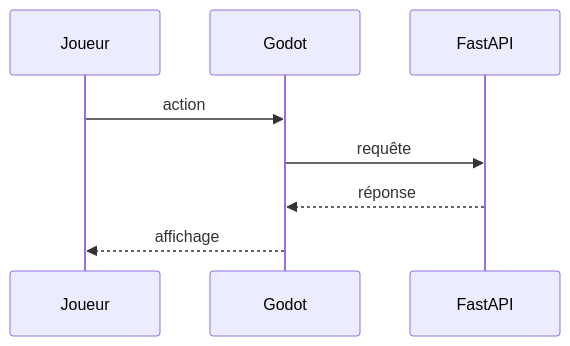
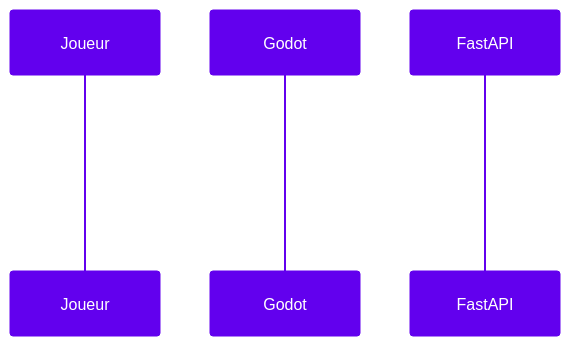
One commit to EZPK/GodotAI changed the diagram in docs/explications/godot.md. Above: the diagram before and after it, drawn with Mermaid. The commit also changed 6 other files, not shown here.

Commit message:
Enhance mermaid diagrams

````diff
--- a/docs/explications/godot.md
+++ b/docs/explications/godot.md
@@ -10,10 +10,11 @@
 ```mermaid
+%%{init: {'theme':'base','themeVariables':{'primaryColor':'#6200ee','primaryTextColor':'#ffffff','primaryBorderColor':'#6200ee','lineColor':'#6200ee','fontFamily':'Roboto'}}}%%
 sequenceDiagram
     participant P as Joueur
     participant G as Godot
     participant A as FastAPI
     P->>G: action
     G->>A: requête
     A-->>G: réponse
     G-->>P: affichage
 ```
````
